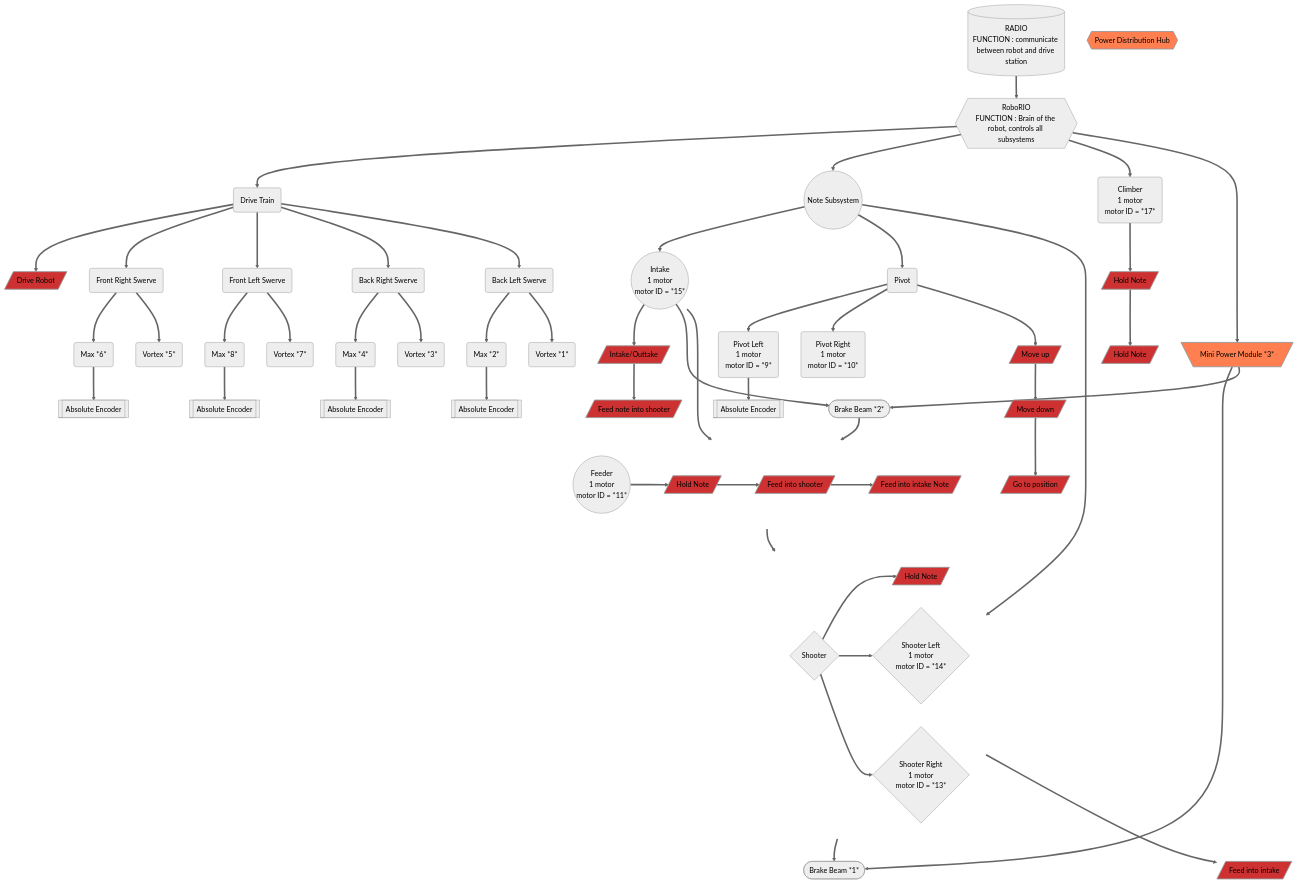
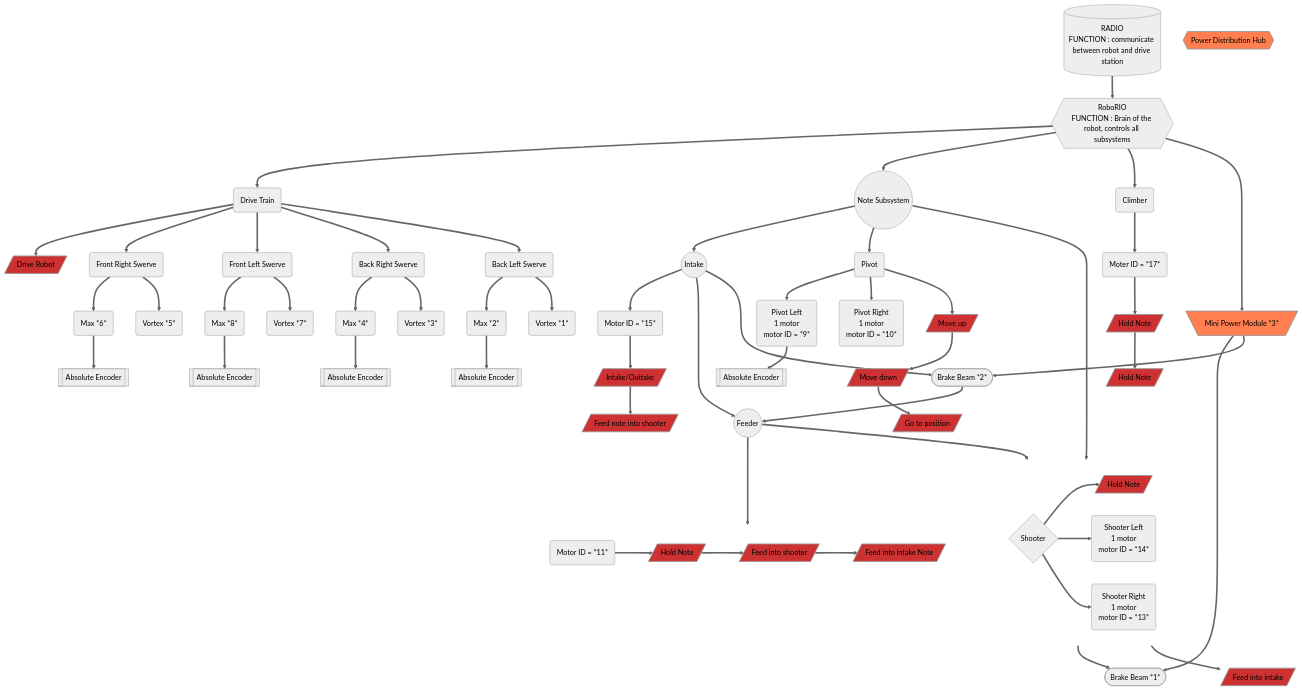
One commit to richardson-area-wide-robotics/Frc24-Crescendo-1745-OffSeason-AdvantageKit changed the diagram in tony_graphs.md. Above: the diagram before and after it, drawn with Mermaid (neutral theme).

```diff
--- a/tony_graphs.md
+++ b/tony_graphs.md
@@ -5,17 +5,17 @@
         direction LR
         ShooterSystem{Shooter};
         ShooterSystem==>FUNCSHOOTER;
-        ShooterSystem==>ShooterLeft{Shooter Left
+        ShooterSystem==>ShooterLeft(Shooter Left
 1 motor
-motor ID = *14*};
-        ShooterSystem==>ShooterRight{Shooter Right
+motor ID = *14*);
+        ShooterSystem==>ShooterRight(Shooter Right
 1 motor
-motor ID = *13*};
+motor ID = *13*);
     end
 
 subgraph invisibleFeederGroup
         direction LR
-        FeederSystem ==>FUNCFEEDER;
+        FeederMoter ==>FUNCFEEDER;
         FUNCFEEDER[/Hold Note/] ==>FUNCFEEDER2;
         FUNCFEEDER2[/Feed into shooter/] ==> FUNCFEEDER3;
         FUNCFEEDER3[/Feed into intake Note/];
@@ -26,18 +26,15 @@
     DriveTrain(Drive Train);
     DriveTrain==>FUNCDRIVE[/Drive Robot/];
     RoboRIO==>NoteSubsystem((Note Subsystem));
-    NoteSubsystem==>IntakeSystem((Intake
-1 motor
-motor ID = *15*));
+    NoteSubsystem==>IntakeSystem((Intake));
+    IntakeSystem==>IntakeMotor(Motor ID = *15*)
     NoteSubsystem==>ShooterSystem;
-    RoboRIO==>ClimberSystem(Climber
-1 motor
-motor ID = *17*);
-    ClimberSystem==>FUNCCLIMBER1
-    IntakeSystem==>FeederSystem((Feeder
-1 motor
-motor ID = *11*))==>ShooterSystem;
-    IntakeSystem==>FUNCINTAKE1;
+    RoboRIO==>ClimberSystem(Climber);
+    ClimberSystem==>ClimberMotor(Moter ID = *17*)
+    ClimberMotor==>FUNCCLIMBER1
+    IntakeSystem==>FeederSystem((Feeder))==>ShooterSystem;
+    FeederSystem==>FeederMoter(Motor ID = *11*)
+    IntakeMotor==>FUNCINTAKE1;
     NoteSubsystem==>PivotSystem(Pivot);
     PivotSystem==>PivotLeft(Pivot Left
 1 motor
```
